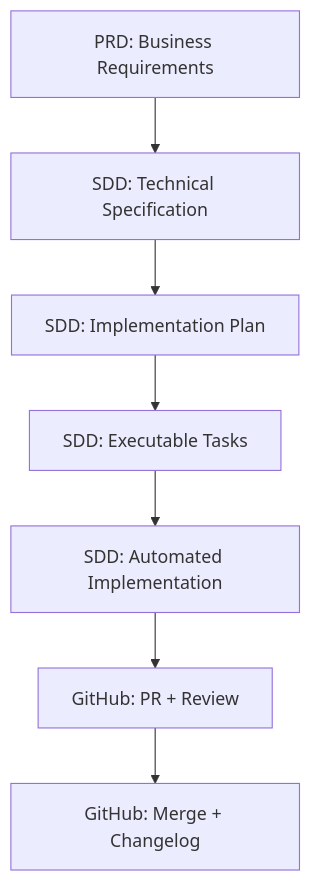
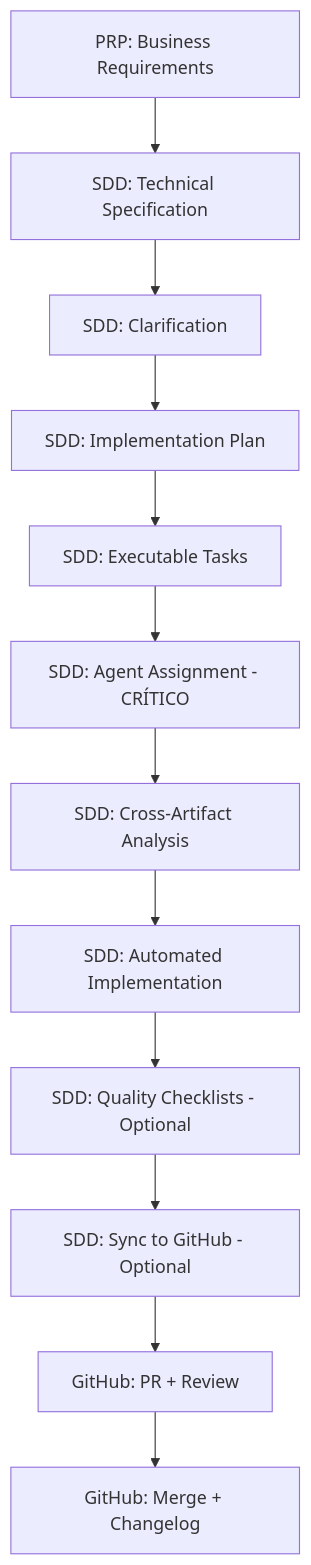
Before and after one commit to Dario-Arcos/ai-framework: the diagram in human-handbook/docs/ai-first-workflow.md, drawn with Mermaid. The commit also changed other lines of this file and 9 other files, not shown here.

````diff
--- a/human-handbook/docs/ai-first-workflow.md
+++ b/human-handbook/docs/ai-first-workflow.md
@@ -22,9 +22,14 @@
 ```mermaid
 graph TD
-    A[PRD: Business Requirements] --> B[SDD: Technical Specification]
-    B --> C[SDD: Implementation Plan]
-    C --> D[SDD: Executable Tasks]
-    D --> E[SDD: Automated Implementation]
-    E --> F[GitHub: PR + Review]
-    F --> G[GitHub: Merge + Changelog]
+    A[PRP: Business Requirements] --> B[SDD: Technical Specification]
+    B --> C[SDD: Clarification]
+    C --> D[SDD: Implementation Plan]
+    D --> E[SDD: Executable Tasks]
+    E --> F[SDD: Agent Assignment - CRÍTICO]
+    F --> G[SDD: Cross-Artifact Analysis]
+    G --> H[SDD: Automated Implementation]
+    H --> I[SDD: Quality Checklists - Optional]
+    I --> J[SDD: Sync to GitHub - Optional]
+    J --> K[GitHub: PR + Review]
+    K --> L[GitHub: Merge + Changelog]
 ```
````
